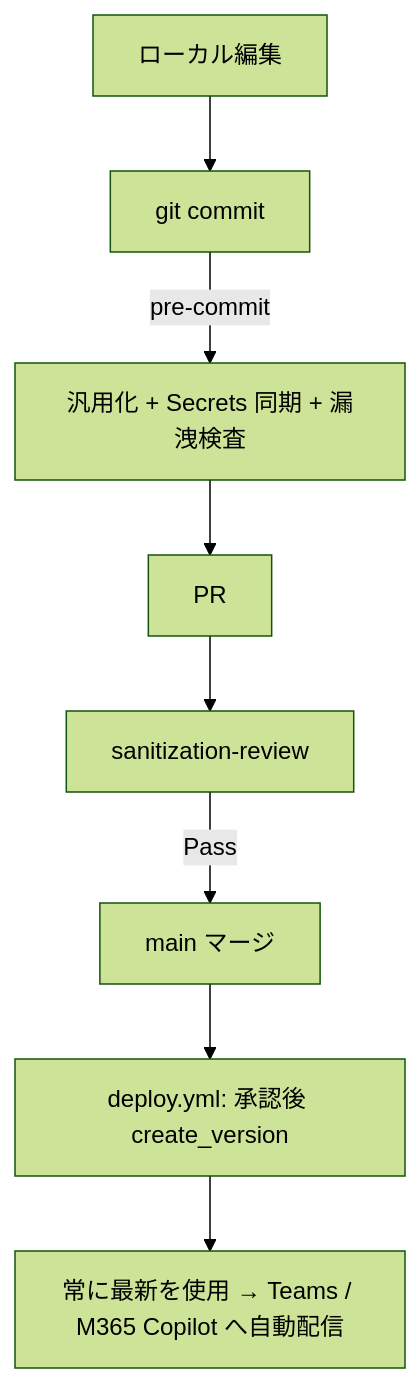
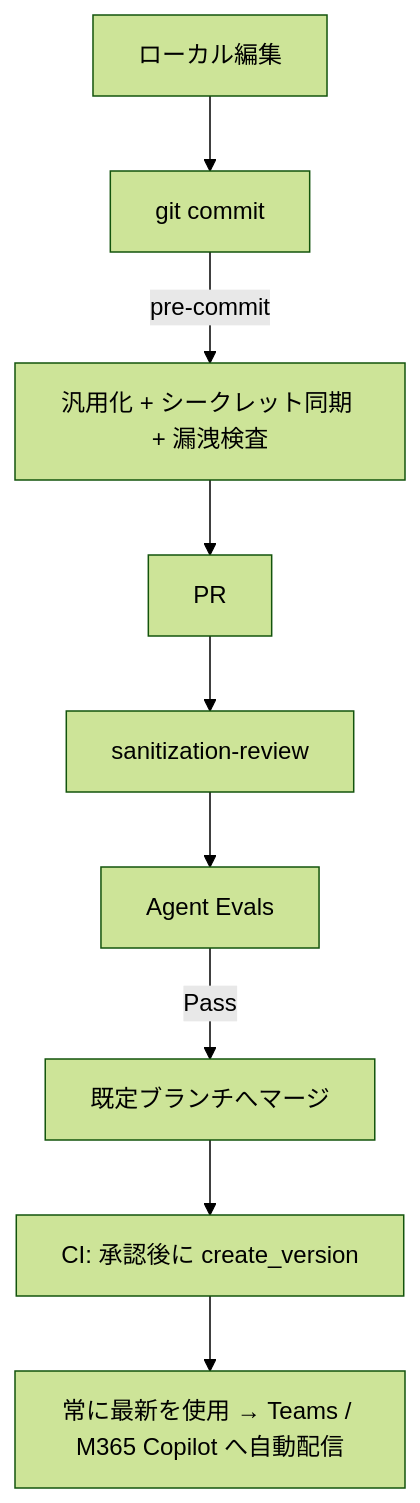
Before and after one commit to geekfujiwara/CodeAppsDevelopmentStandard: the diagram in .github/skills/agent365/SKILL.md, drawn with Mermaid (forest theme). The commit also changed other lines of this file and 8 other files, not shown here.

First line of the commit message:
skill(agent365/architecture): ライト実装(PoC)ルートを追加し、本格実装を GitHub 以外の Git にも対応

````diff
--- a/.github/skills/agent365/SKILL.md
+++ b/.github/skills/agent365/SKILL.md
@@ -207,10 +273,11 @@
 ```mermaid
 flowchart TD
     A[ローカル編集] --> B[git commit]
-    B -->|pre-commit| C[汎用化 + Secrets 同期 + 漏洩検査]
+    B -->|pre-commit| C[汎用化 + シークレット同期 + 漏洩検査]
     C --> D[PR]
     D --> E[sanitization-review]
-    E -->|Pass| F[main マージ]
-    F --> G[deploy.yml: 承認後 create_version]
-    G --> H[常に最新を使用 → Teams / M365 Copilot へ自動配信]
+    E --> F[Agent Evals]
+    F -->|Pass| G[既定ブランチへマージ]
+    G --> H[CI: 承認後に create_version]
+    H --> I[常に最新を使用 → Teams / M365 Copilot へ自動配信]
 ```
````
